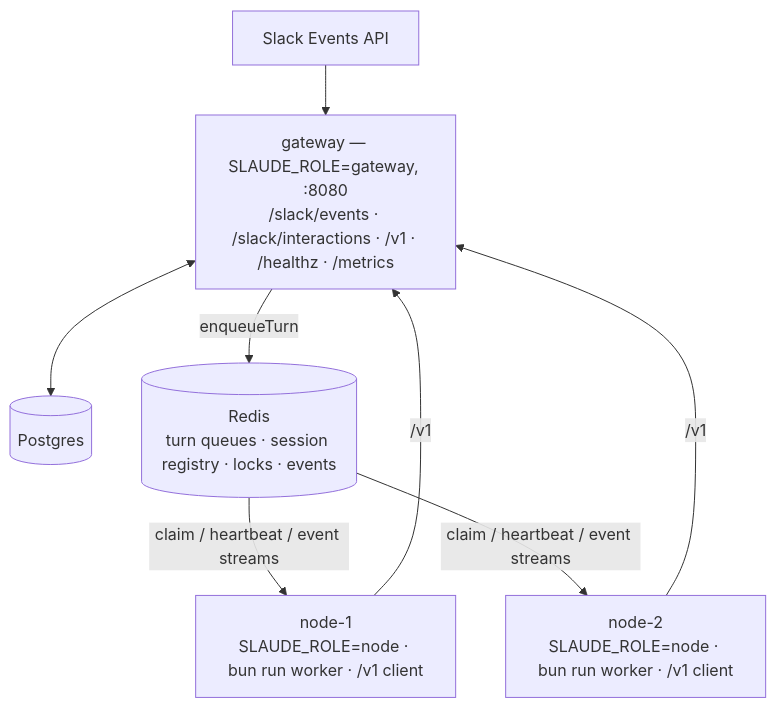
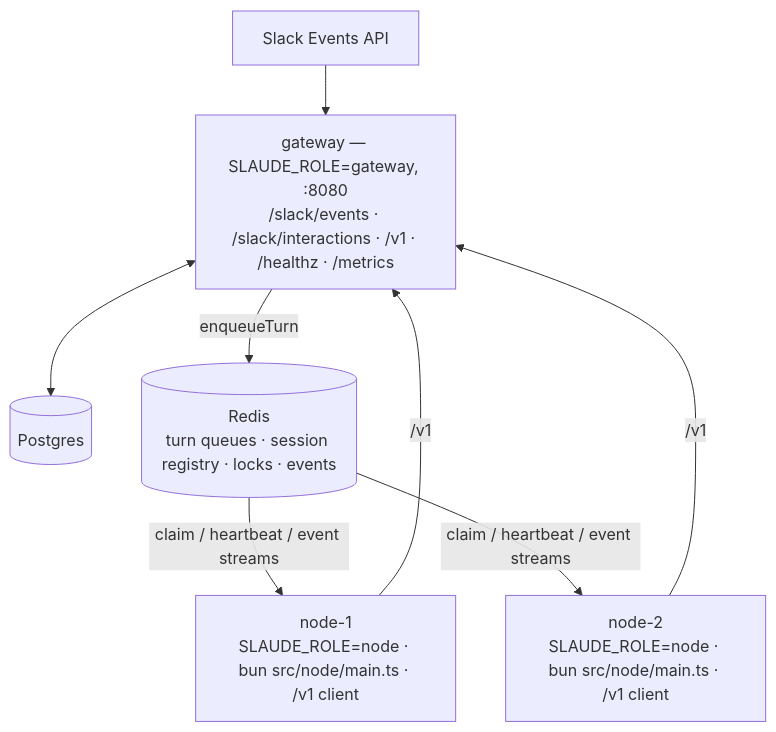
One commit to barockok/slaude changed the diagram in docs/site/_content/deploy/multi-node.md. Above: the diagram before and after it, drawn with Mermaid. The commit also changed 55 other files, not shown here.

````diff
--- a/docs/site/_content/deploy/multi-node.md
+++ b/docs/site/_content/deploy/multi-node.md
@@ -10,17 +10,17 @@
 ```mermaid
 flowchart TB
   Slack["Slack Events API"]
   GW["gateway — SLAUDE_ROLE=gateway, :8080<br/>/slack/events · /slack/interactions · /v1 · /healthz · /metrics"]
   PG[("Postgres")]
   Redis[("Redis<br/>turn queues · session registry · locks · events")]
-  N1["node-1<br/>SLAUDE_ROLE=node · bun run worker · /v1 client"]
-  N2["node-2<br/>SLAUDE_ROLE=node · bun run worker · /v1 client"]
+  N1["node-1<br/>SLAUDE_ROLE=node · bun src/node/main.ts · /v1 client"]
+  N2["node-2<br/>SLAUDE_ROLE=node · bun src/node/main.ts · /v1 client"]
 
   Slack --> GW
   GW <--> PG
   GW -->|enqueueTurn| Redis
   Redis -->|claim / heartbeat / event streams| N1
   Redis -->|claim / heartbeat / event streams| N2
   N1 -->|/v1| GW
   N2 -->|/v1| GW
 ```
````
